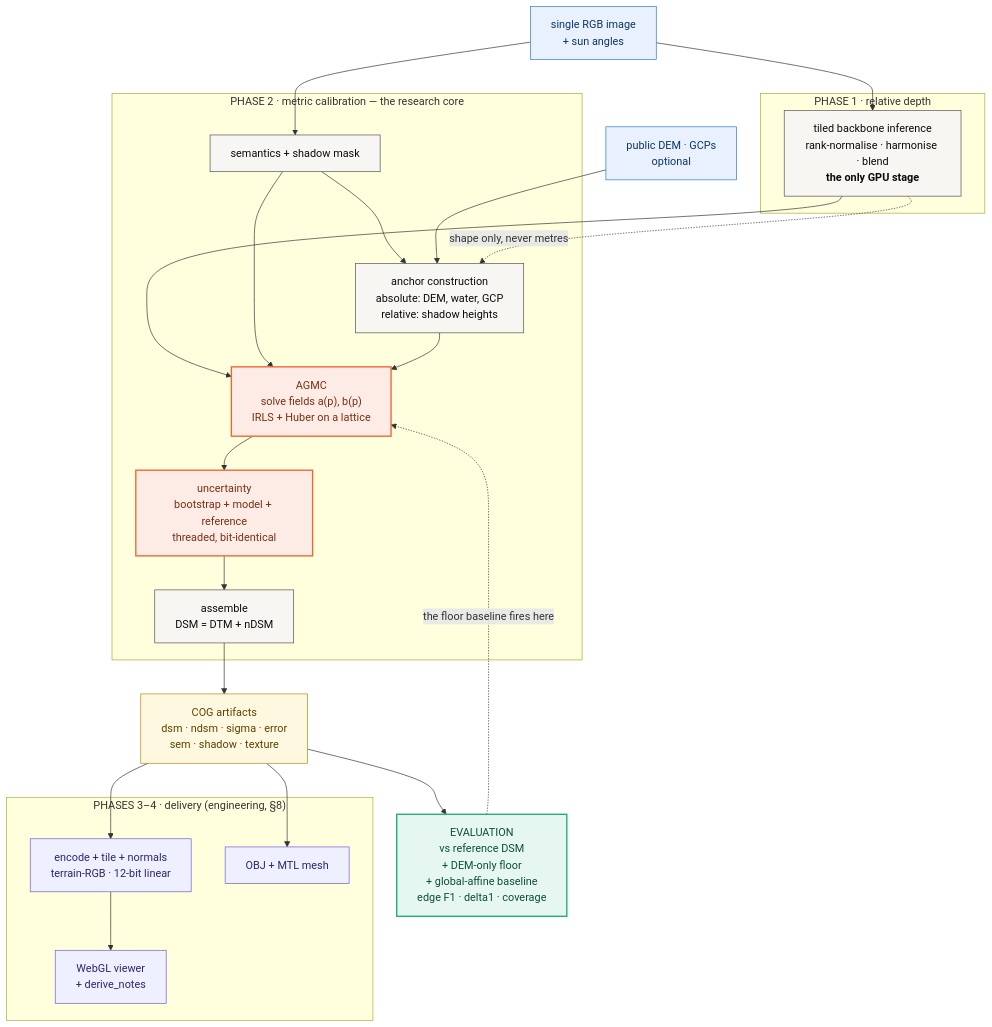
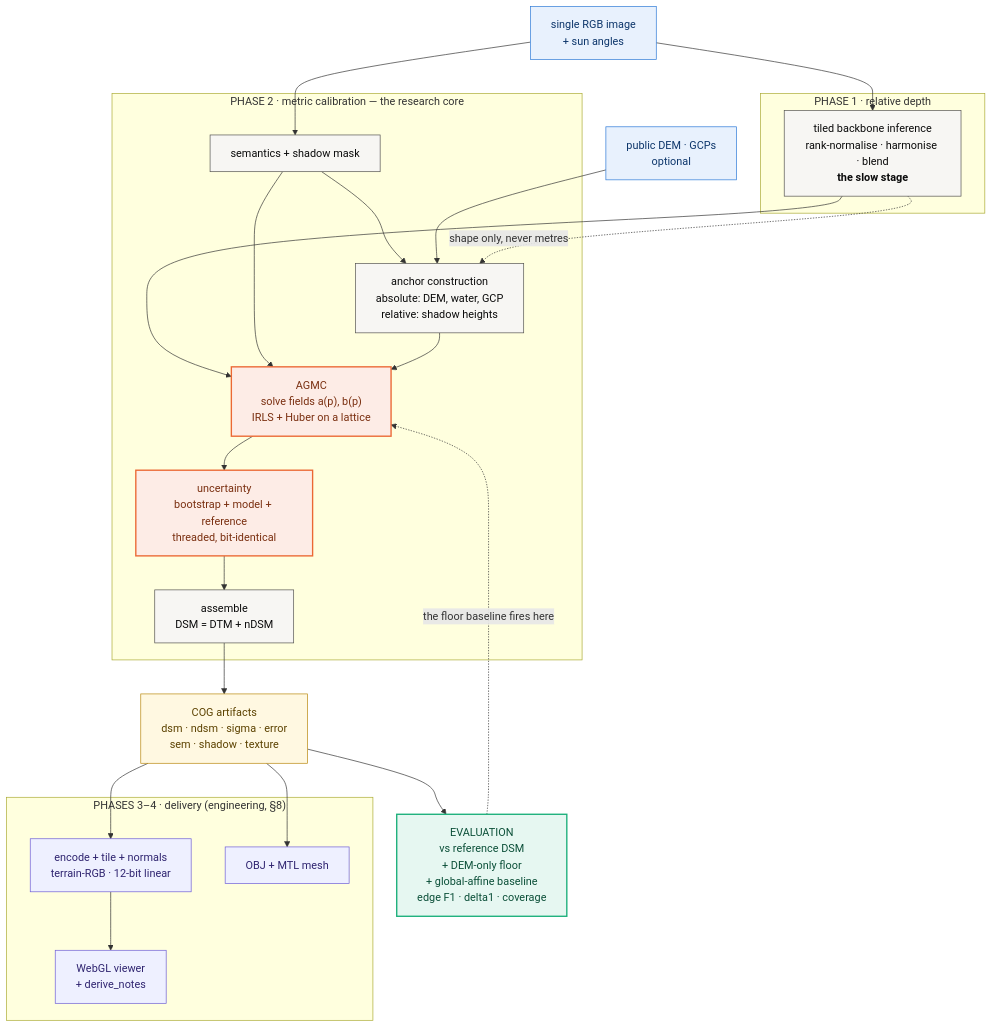
Before and after one commit to Sisigoks/AYAMA: the diagram in README.md, drawn with Mermaid. The commit also changed other lines of this file and 199 other files, not shown here.

````diff
--- a/README.md
+++ b/README.md
@@ -88,44 +109,44 @@
 ```mermaid
 flowchart TB
     classDef inp  fill:#e8f1fd,stroke:#2a78d6,color:#0d366b
     classDef p1   fill:#f7f6f3,stroke:#52514e,color:#0b0b0b
     classDef core fill:#fdece6,stroke:#eb6834,stroke-width:2px,color:#7a2f10
     classDef out  fill:#fff8e1,stroke:#b8860b,color:#5c4200
     classDef ev   fill:#e6f7f1,stroke:#1baf7a,stroke-width:2px,color:#0b4f38
     classDef p3   fill:#eef0ff,stroke:#6b5bd6,color:#2f2470
 
     IMG["single RGB image<br/>+ sun angles"]:::inp
     AUX["public DEM · GCPs<br/>optional"]:::inp
 
     subgraph PH1["PHASE 1 · relative depth"]
-        DEP["tiled backbone inference<br/>rank-normalise · harmonise · blend<br/><b>the only GPU stage</b>"]:::p1
+        DEP["tiled backbone inference<br/>rank-normalise · harmonise · blend<br/><b>the slow stage</b>"]:::p1
     end
 
     subgraph PH2["PHASE 2 · metric calibration — the research core"]
         SEM["semantics + shadow mask"]:::p1
         ANC["anchor construction<br/>absolute: DEM, water, GCP<br/>relative: shadow heights"]:::p1
         AGMC["AGMC<br/>solve fields a(p), b(p)<br/>IRLS + Huber on a lattice"]:::core
         UNC["uncertainty<br/>bootstrap + model + reference<br/>threaded, bit-identical"]:::core
         ASM["assemble<br/>DSM = DTM + nDSM"]:::p1
     end
 
     COG["COG artifacts<br/>dsm · ndsm · sigma · error<br/>sem · shadow · texture"]:::out
 
     subgraph PH34["PHASES 3–4 · delivery (engineering, §8)"]
         TILE["encode + tile + normals<br/>terrain-RGB · 12-bit linear"]:::p3
         MESH["OBJ + MTL mesh"]:::p3
         VIEW["WebGL viewer<br/>+ derive_notes"]:::p3
     end
 
     EVAL["EVALUATION<br/>vs reference DSM<br/>+ DEM-only floor<br/>+ global-affine baseline<br/>edge F1 · delta1 · coverage"]:::ev
 
     IMG --> DEP --> AGMC
     IMG --> SEM --> ANC
     SEM --> AGMC
     AUX --> ANC --> AGMC --> UNC --> ASM --> COG
     DEP -. "shape only, never metres" .-> ANC
     COG --> EVAL
     COG --> TILE --> VIEW
     COG --> MESH
     EVAL -. "the floor baseline fires here" .-> AGMC
 ```
````
